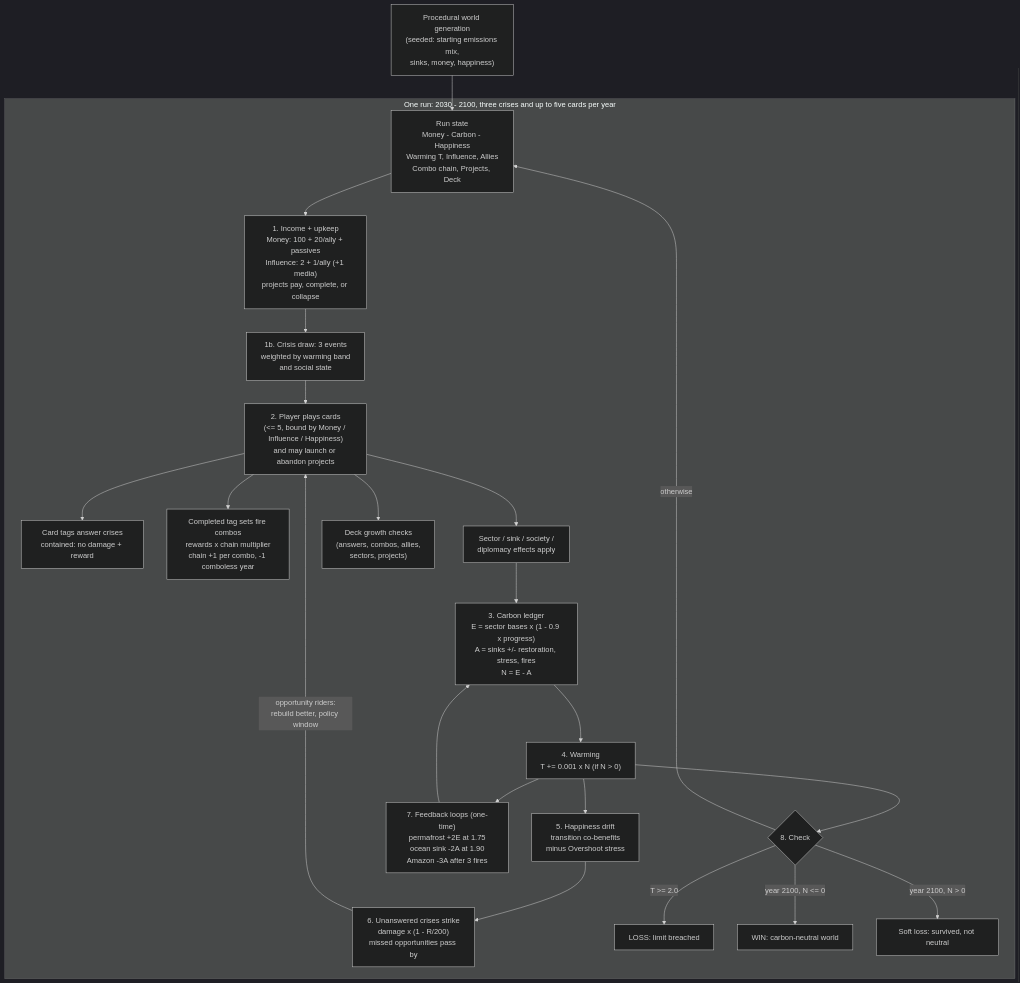
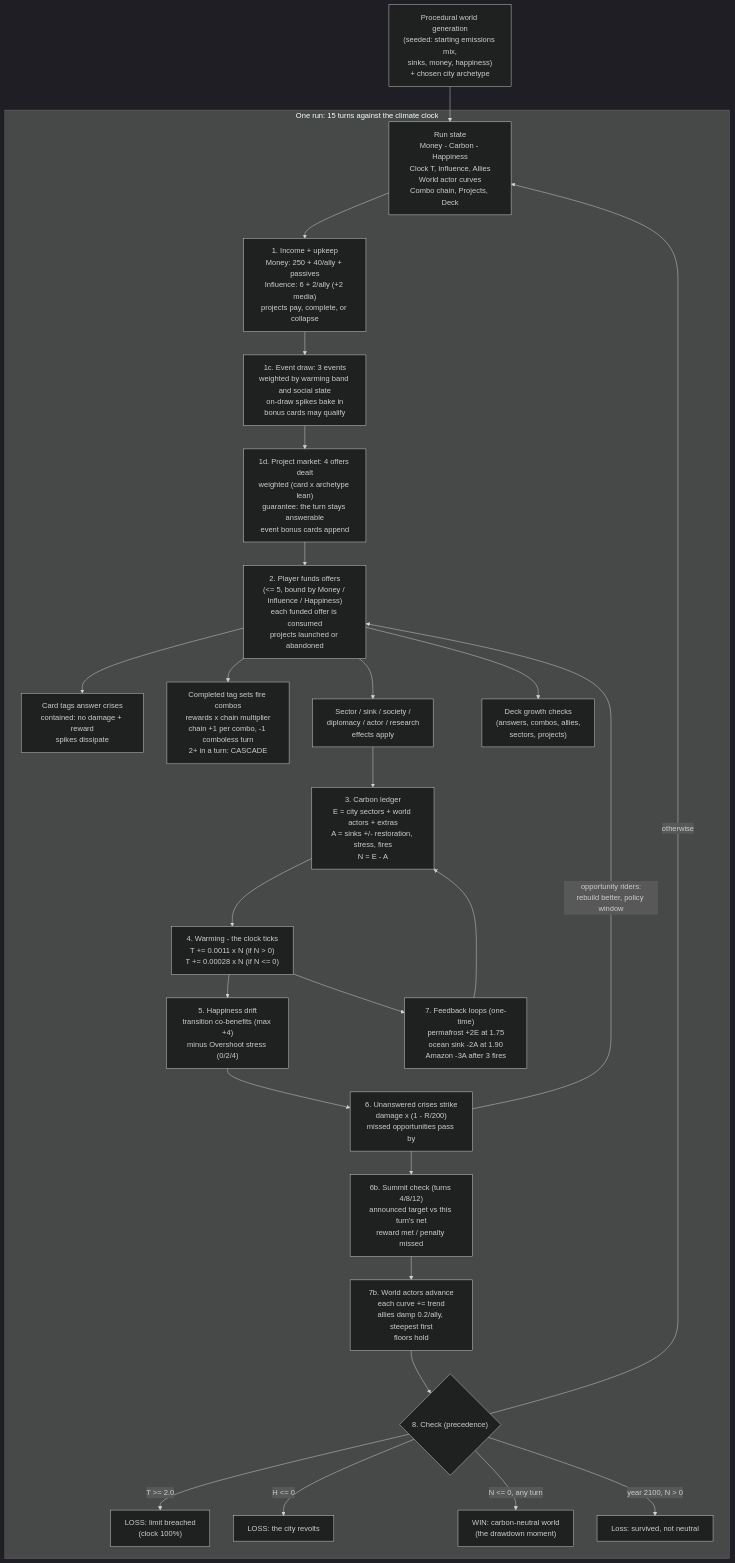
Before and after one commit to ekhau/DrawdownProtocol: the first of 2 diagrams in docs/Phase_0/05_System_Diagram.md, drawn with Mermaid (dark theme). The commit also changed other lines of this file and 93 other files, not shown here.

````diff
--- a/docs/Phase_0/05_System_Diagram.md
+++ b/docs/Phase_0/05_System_Diagram.md
@@ -9,30 +9,34 @@
 ```mermaid
 flowchart TD
-    GEN["Procedural world generation\n(seeded: starting emissions mix,\nsinks, money, happiness)"] --> RS
+    GEN["Procedural world generation\n(seeded: starting emissions mix,\nsinks, money, happiness)\n+ chosen city archetype"] --> RS
 
-    subgraph RUN["One run: 2030 - 2100, three crises and up to five cards per year"]
-        RS["Run state\nMoney - Carbon - Happiness\nWarming T, Influence, Allies\nCombo chain, Projects, Deck"]
+    subgraph RUN["One run: 15 turns against the climate clock"]
+        RS["Run state\nMoney - Carbon - Happiness\nClock T, Influence, Allies\nWorld actor curves\nCombo chain, Projects, Deck"]
 
-        RS --> INC["1. Income + upkeep\nMoney: 100 + 20/ally + passives\nInfluence: 2 + 1/ally (+1 media)\nprojects pay, complete, or collapse"]
-        INC --> DRAW["1b. Crisis draw: 3 events\nweighted by warming band\nand social state"]
-        DRAW --> ACT["2. Player plays cards\n(<= 5, bound by Money / Influence / Happiness)\nand may launch or abandon projects"]
+        RS --> INC["1. Income + upkeep\nMoney: 250 + 40/ally + passives\nInfluence: 6 + 2/ally (+2 media)\nprojects pay, complete, or collapse"]
+        INC --> DRAW["1c. Event draw: 3 events\nweighted by warming band and social state\non-draw spikes bake in\nbonus cards may qualify"]
+        DRAW --> MARKET["1d. Project market: 4 offers dealt\nweighted (card x archetype lean)\nguarantee: the turn stays answerable\nevent bonus cards append"]
+        MARKET --> ACT["2. Player funds offers\n(<= 5, bound by Money / Influence / Happiness)\neach funded offer is consumed\nprojects launched or abandoned"]
 
-        ACT --> ANSWER["Card tags answer crises\ncontained: no damage + reward"]
-        ACT --> COMBO["Completed tag sets fire combos\nrewards x chain multiplier\nchain +1 per combo, -1 comboless year"]
-        ACT --> SECT["Sector / sink / society /\ndiplomacy effects apply"]
+        ACT --> ANSWER["Card tags answer crises\ncontained: no damage + reward\nspikes dissipate"]
+        ACT --> COMBO["Completed tag sets fire combos\nrewards x chain multiplier\nchain +1 per combo, -1 comboless turn\n2+ in a turn: CASCADE"]
+        ACT --> SECT["Sector / sink / society /\ndiplomacy / actor / research\neffects apply"]
         ACT --> GROW["Deck growth checks\n(answers, combos, allies,\nsectors, projects)"]
 
-        SECT --> LEDGER["3. Carbon ledger\nE = sector bases x (1 - 0.9 x progress)\nA = sinks +/- restoration, stress, fires\nN = E - A"]
-        LEDGER --> WARM["4. Warming\nT += 0.001 x N (if N > 0)"]
-        WARM --> HAP["5. Happiness drift\ntransition co-benefits\nminus Overshoot stress"]
+        SECT --> LEDGER["3. Carbon ledger\nE = city sectors + world actors + extras\nA = sinks +/- restoration, stress, fires\nN = E - A"]
+        LEDGER --> WARM["4. Warming - the clock ticks\nT += 0.0011 x N (if N > 0)\nT += 0.00028 x N (if N <= 0)"]
+        WARM --> HAP["5. Happiness drift\ntransition co-benefits (max +4)\nminus Overshoot stress (0/2/4)"]
         HAP --> STRIKE["6. Unanswered crises strike\ndamage x (1 - R/200)\nmissed opportunities pass by"]
         STRIKE -->|"opportunity riders:\nrebuild better, policy window"| ACT
+        STRIKE --> SUMMIT["6b. Summit check (turns 4/8/12)\nannounced target vs this turn's net\nreward met / penalty missed"]
         WARM --> FB["7. Feedback loops (one-time)\npermafrost +2E at 1.75\nocean sink -2A at 1.90\nAmazon -3A after 3 fires"]
         FB --> LEDGER
-        WARM --> CHK{"8. Check"}
-        CHK -->|"T >= 2.0"| LOSS["LOSS: limit breached"]
-        CHK -->|"year 2100, N <= 0"| WIN["WIN: carbon-neutral world"]
-        CHK -->|"year 2100, N > 0"| SOFT["Soft loss: survived, not neutral"]
+        SUMMIT --> ACTORS["7b. World actors advance\neach curve += trend\nallies damp 0.2/ally, steepest first\nfloors hold"]
+        ACTORS --> CHK{"8. Check (precedence)"}
+        CHK -->|"T >= 2.0"| LOSS["LOSS: limit breached\n(clock 100%)"]
+        CHK -->|"H <= 0"| REVOLT["LOSS: the city revolts"]
+        CHK -->|"N <= 0, any turn"| WIN["WIN: carbon-neutral world\n(the drawdown moment)"]
+        CHK -->|"year 2100, N > 0"| SOFT["Loss: survived, not neutral"]
         CHK -->|otherwise| RS
     end
 ```
````
